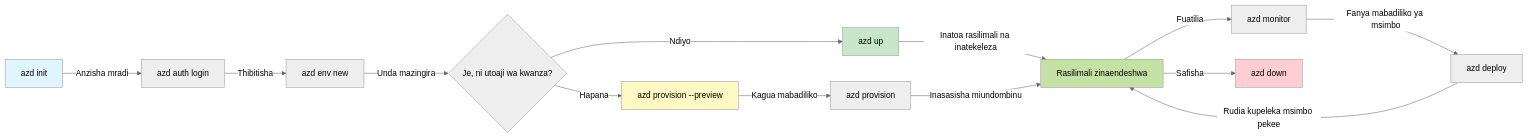
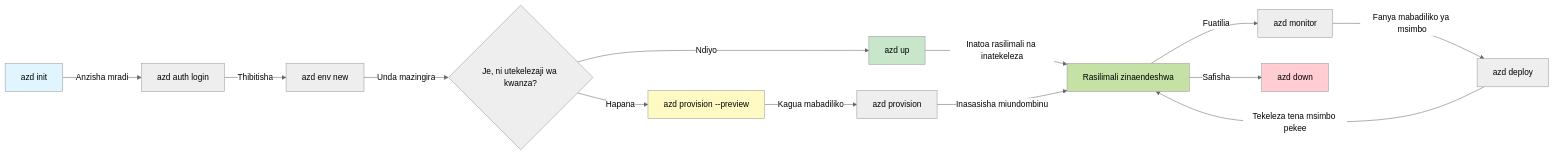
Before and after one commit to microsoft/AZD-for-beginners: the first of 2 diagrams in translations/sw/docs/chapter-01-foundation/azd-basics.md, drawn with Mermaid (neutral theme). The commit also changed other lines of this file and 101 other files, not shown here.

````diff
--- a/translations/sw/docs/chapter-01-foundation/azd-basics.md
+++ b/translations/sw/docs/chapter-01-foundation/azd-basics.md
@@ -269,21 +269,21 @@
 ```mermaid
 graph LR
     A[azd init] -->|Anzisha mradi| B[azd auth login]
     B -->|Thibitisha| C[azd env new]
-    C -->|Unda mazingira| D{Je, ni utoaji wa kwanza?}
+    C -->|Unda mazingira| D{Je, ni utekelezaji wa kwanza?}
     D -->|Ndiyo| E[azd up]
     D -->|Hapana| F[azd provision --preview]
     F -->|Kagua mabadiliko| G[azd provision]
     E -->|Inatoa rasilimali na inatekeleza| H[Rasilimali zinaendeshwa]
     G -->|Inasasisha miundombinu| H
     H -->|Fuatilia| I[azd monitor]
     I -->|Fanya mabadiliko ya msimbo| J[azd deploy]
-    J -->|Rudia kupeleka msimbo pekee| H
+    J -->|Tekeleza tena msimbo pekee| H
     H -->|Safisha| K[azd down]
     
     style A fill:#e1f5fe
     style E fill:#c8e6c9
     style F fill:#fff9c4
     style H fill:#c5e1a5
     style K fill:#ffcdd2
 ```
````
